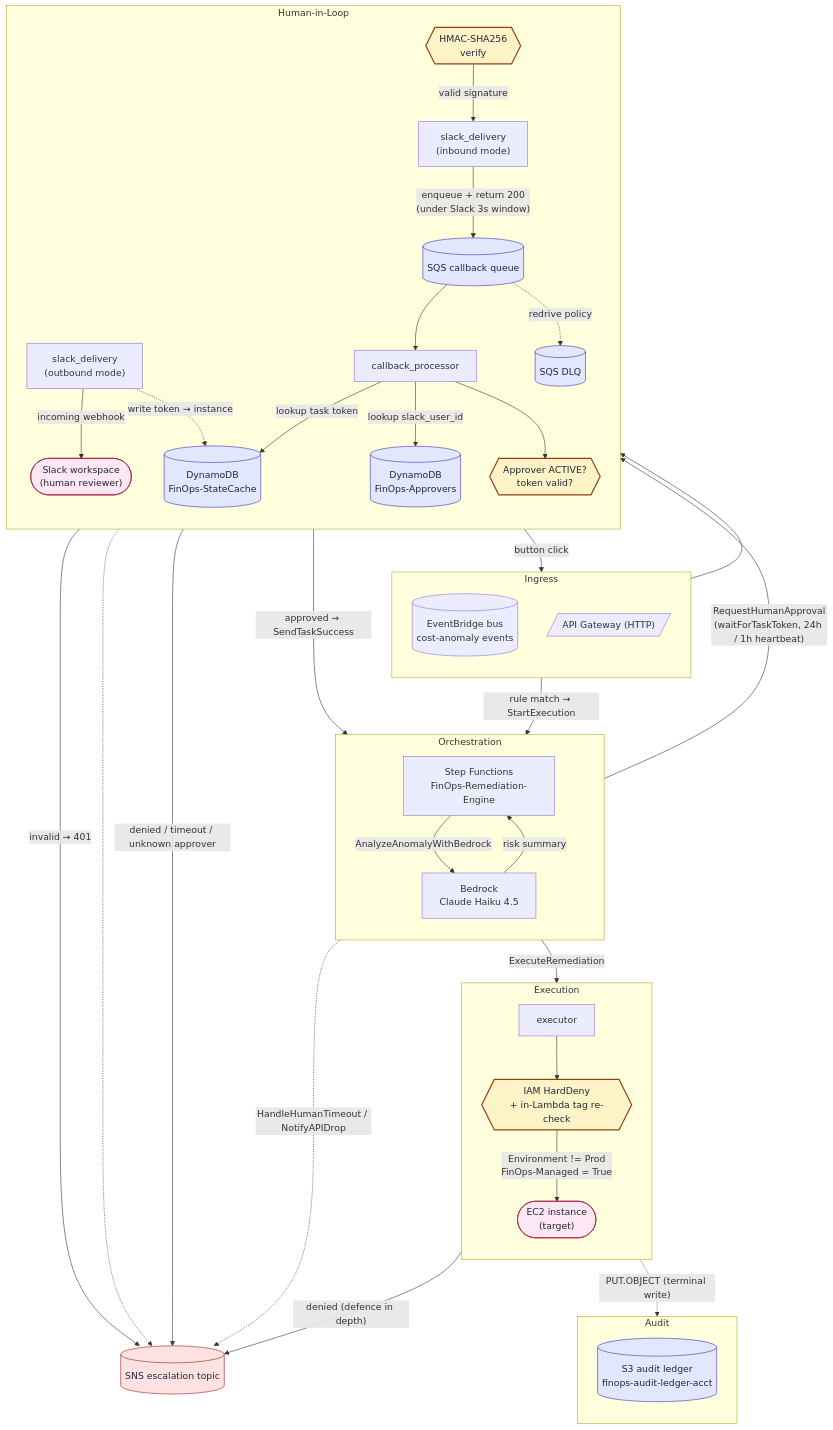
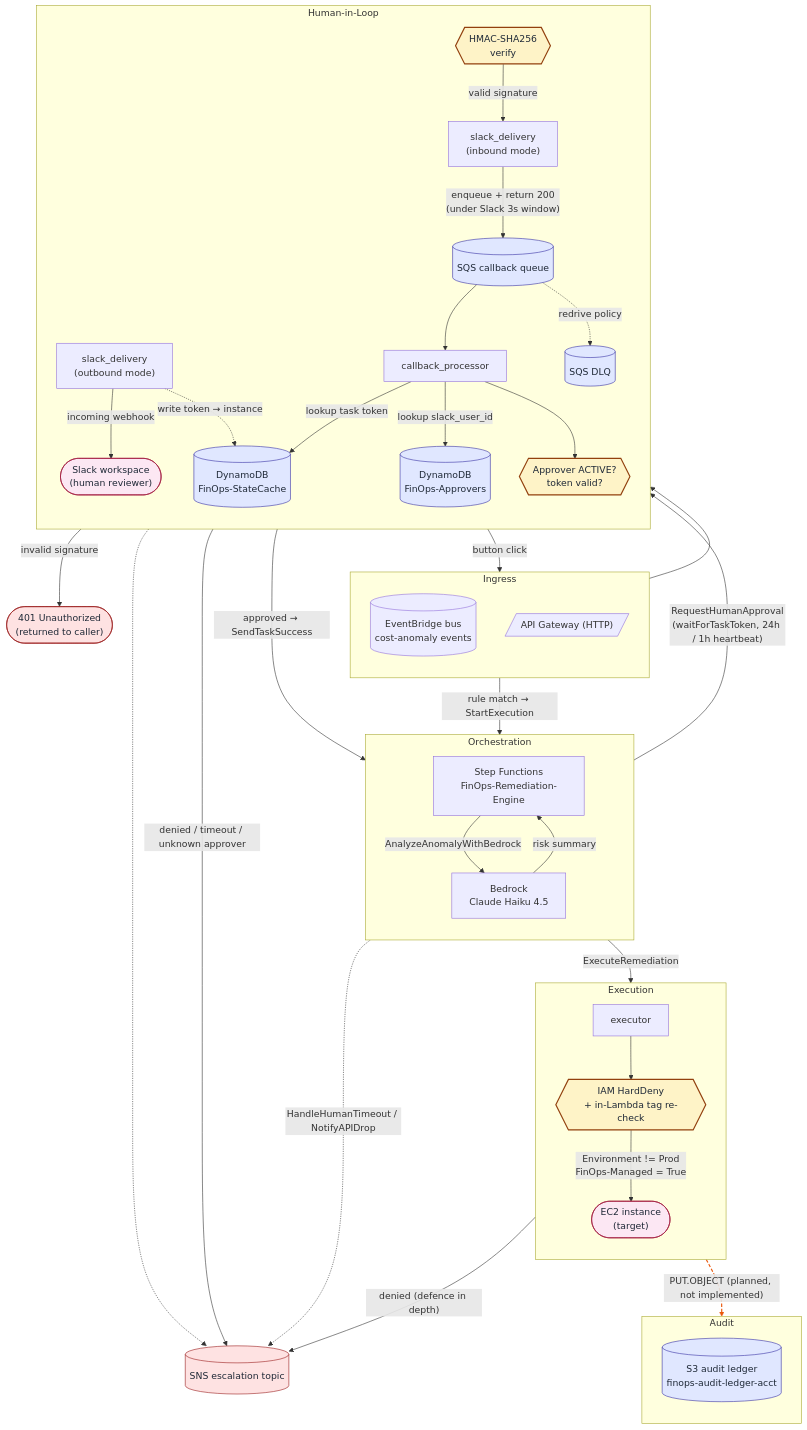
Before and after one commit to BashiM1/finops-agentic-remediation: the diagram in docs/architecture.mermaid, drawn with Mermaid. The commit also changed 2 other files, not shown here.

Commit message:
Mark audit-ledger writes as planned; correct HMAC failure path

```diff
--- a/docs/architecture.mermaid
+++ b/docs/architecture.mermaid
@@ -1,84 +1,97 @@
 %% FinOps Agentic Remediation Engine — component-level flow.
 %% Trust boundaries are rendered as diamond gates (HMAC, Approval, HardDeny).
 %% slack_delivery is a single Lambda invoked in two modes; rendered as two
 %% nodes for diagram clarity.
+%% Topology note: the HMAC gate is implemented INSIDE slack_delivery inbound
+%% mode (lambdas/slack_delivery/main.py:232) and is rendered as a separate
+%% node only to make the trust boundary visible. There is no standalone
+%% HMAC component between API Gateway and the Lambda.
+%% Implementation status: the EXEC -> LEDGER edge is styled distinctly
+%% (orange/dashed) because the audit-ledger write is planned but not
+%% implemented. The bucket, Object Lock, and IAM Allow exist; no Lambda
+%% currently calls s3.put_object. See SCOPE.md.
 
 flowchart TB
     classDef gate fill:#fef3c7,stroke:#92400e,stroke-width:2px,color:#1f2937
     classDef store fill:#e0e7ff,stroke:#3730a3,color:#1f2937
     classDef ext fill:#fce7f3,stroke:#9f1239,color:#1f2937
     classDef sink fill:#fee2e2,stroke:#991b1b,color:#1f2937
 
     subgraph Ingress
         direction TB
         EB[("EventBridge bus<br/>cost-anomaly events")]
         APIGW[/"API Gateway (HTTP)"/]
     end
 
     subgraph Orchestration
         direction TB
         SFN["Step Functions<br/>FinOps-Remediation-Engine"]
         BR["Bedrock<br/>Claude Haiku 4.5"]
     end
 
     subgraph HiL ["Human-in-Loop"]
         direction TB
         SD_OUT["slack_delivery<br/>(outbound mode)"]
         SLACK(["Slack workspace<br/>(human reviewer)"]):::ext
         HMAC{{"HMAC-SHA256<br/>verify"}}:::gate
         SD_IN["slack_delivery<br/>(inbound mode)"]
         SQS[("SQS callback queue")]:::store
         DLQ[("SQS DLQ")]:::store
         CP["callback_processor"]
         APPROVERS[("DynamoDB<br/>FinOps-Approvers")]:::store
         STATECACHE[("DynamoDB<br/>FinOps-StateCache")]:::store
         APPROVAL{{"Approver ACTIVE?<br/>token valid?"}}:::gate
     end
 
     subgraph Execution
         direction TB
         EXEC["executor"]
         HARDDENY{{"IAM HardDeny<br/>+ in-Lambda tag re-check"}}:::gate
         EC2(["EC2 instance<br/>(target)"]):::ext
     end
 
     subgraph Audit
         direction TB
         LEDGER[("S3 audit ledger<br/>finops-audit-ledger-acct")]:::store
     end
 
     SNS[(SNS escalation topic)]:::sink
+    TERM_401(["401 Unauthorized<br/>(returned to caller)"]):::sink
 
     %% Forward path
     EB -- "rule match → StartExecution" --> SFN
     SFN -- "AnalyzeAnomalyWithBedrock" --> BR
     BR -- "risk summary" --> SFN
     SFN -- "RequestHumanApproval<br/>(waitForTaskToken, 24h / 1h heartbeat)" --> SD_OUT
     SD_OUT -- "incoming webhook" --> SLACK
     SD_OUT -. "write token → instance" .-> STATECACHE
 
     %% Inbound callback path
     SLACK -- "button click" --> APIGW
     APIGW --> HMAC
     HMAC -- "valid signature" --> SD_IN
-    HMAC -- "invalid → 401" --> SNS
+    HMAC -- "invalid signature" --> TERM_401
     SD_IN -- "enqueue + return 200<br/>(under Slack 3s window)" --> SQS
     SQS --> CP
     SQS -. "redrive policy" .-> DLQ
     DLQ -.-> SNS
 
     CP -- "lookup slack_user_id" --> APPROVERS
     CP -- "lookup task token" --> STATECACHE
     CP --> APPROVAL
     APPROVAL -- "approved → SendTaskSuccess" --> SFN
     APPROVAL -- "denied / timeout / unknown approver" --> SNS
 
     %% Execution path
     SFN -- "ExecuteRemediation" --> EXEC
     EXEC --> HARDDENY
     HARDDENY -- "Environment != Prod<br/>FinOps-Managed = True" --> EC2
     HARDDENY -- "denied (defence in depth)" --> SNS
 
     %% Audit path
-    EXEC -. "PUT.OBJECT (terminal write)" .-> LEDGER
+    EXEC -. "PUT.OBJECT (planned, not implemented)" .-> LEDGER
     SFN -. "HandleHumanTimeout / NotifyAPIDrop" .-> SNS
+
+    %% Style the planned ledger edge distinctly. Edge index 23 corresponds
+    %% to the EXEC -> LEDGER edge in declaration order.
+    linkStyle 23 stroke:#ea580c,stroke-width:2px,stroke-dasharray:6 3
```
